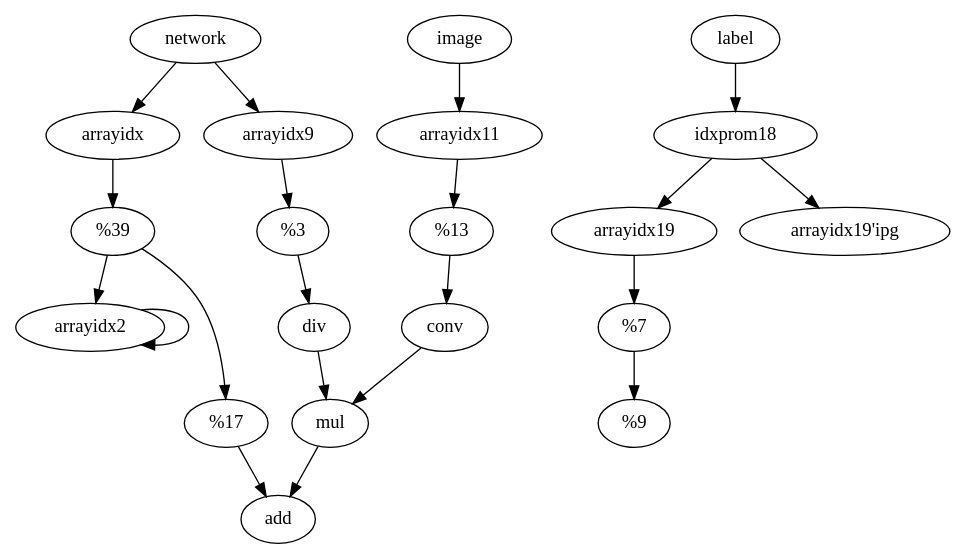
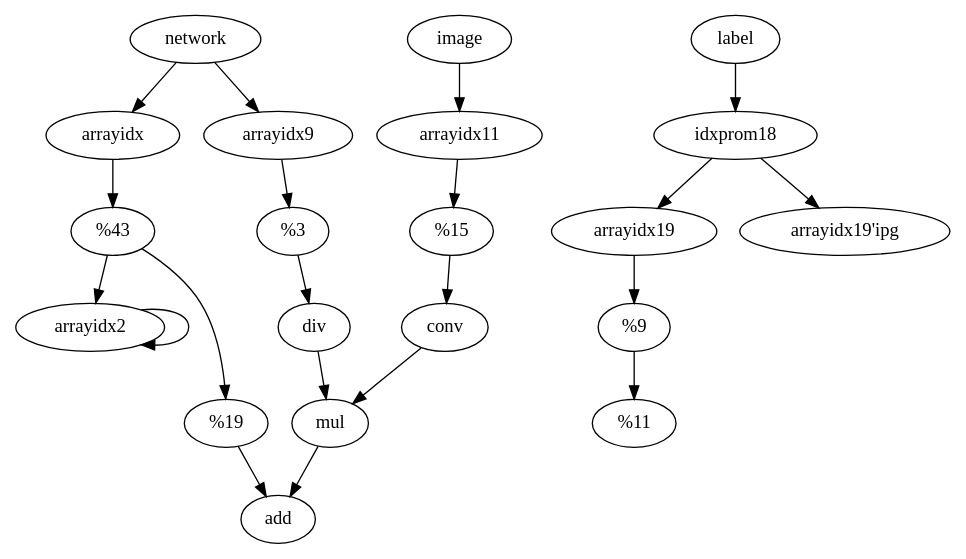
One commit to sfu-arch/Enzyme changed the diagram in enzyme/benchmarks/nn/forward.dot. Above: the diagram before and after it, drawn with Graphviz. The commit also changed other lines of this file and 23 other files, not shown here.

```diff
--- a/enzyme/benchmarks/nn/forward.dot
+++ b/enzyme/benchmarks/nn/forward.dot
@@ -1,22 +1,22 @@
 digraph G {
 		"%3" -> "div"
+		"conv" -> "mul"
 		"%21" -> "%22"
 		"%4" -> "conv"
 		"%2" -> "add"
+		"arrayidx2" -> "arrayidx2"
 		"arrayidx9" -> "%3"
 		"arrayidx19" -> "%21"
+		"div" -> "mul"
 		"mul" -> "add"
-		"arrayidx2" -> "arrayidx2"
 		"arrayidx11" -> "%4"
 		"image" -> "arrayidx11"
 		"network" -> "arrayidx9"
 		"network" -> "arrayidx"
 		"label" -> "idxprom18"
 		"arrayidx" -> "%1"
+		"idxprom18" -> "arrayidx19'ipg"
+		"idxprom18" -> "arrayidx19"
 		"%1" -> "%2"
 		"%1" -> "arrayidx2"
-		"conv" -> "mul"
-		"idxprom18" -> "arrayidx19'ipg"
-		"idxprom18" -> "arrayidx19"
-		"div" -> "mul"
 }
```
